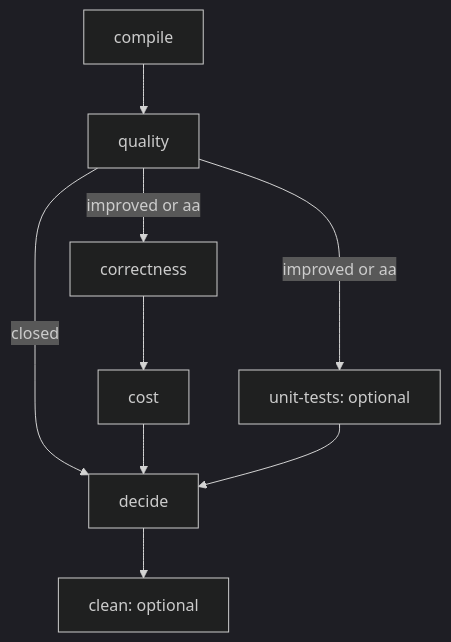
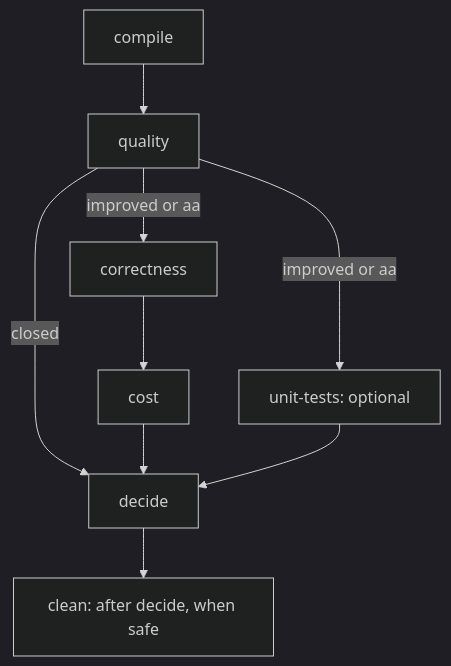
One commit to ophirazulai/qiskit-transpile-bench changed the diagram in docs/README.md. Above: the diagram before and after it, drawn with Mermaid (dark theme). The commit also changed other lines of this file and 61 other files, not shown here.

````diff
--- a/docs/README.md
+++ b/docs/README.md
@@ -9,11 +22,11 @@
 ```mermaid
 flowchart TD
     compile --> quality
     quality -->|closed| decide
     quality -->|improved or aa| correctness
     quality -->|improved or aa| unit[unit-tests: optional]
     correctness --> cost
     cost --> decide
     unit --> decide
-    decide --> clean[clean: optional]
+    decide --> clean[clean: after decide, when safe]
 ```
````
